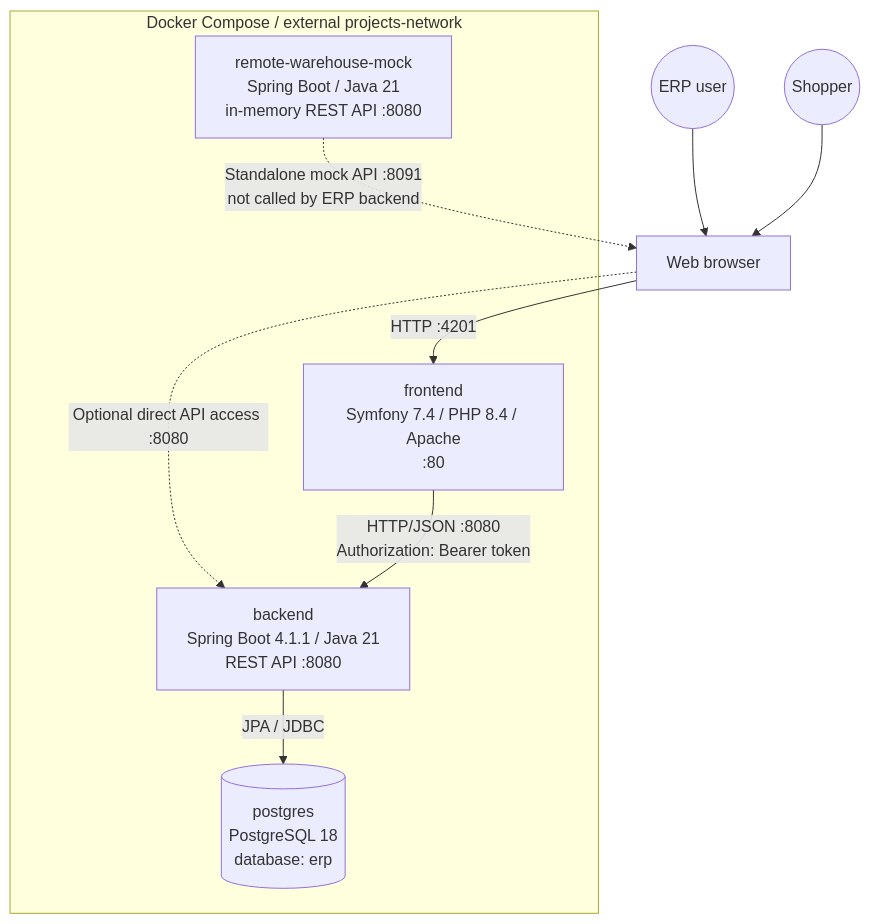
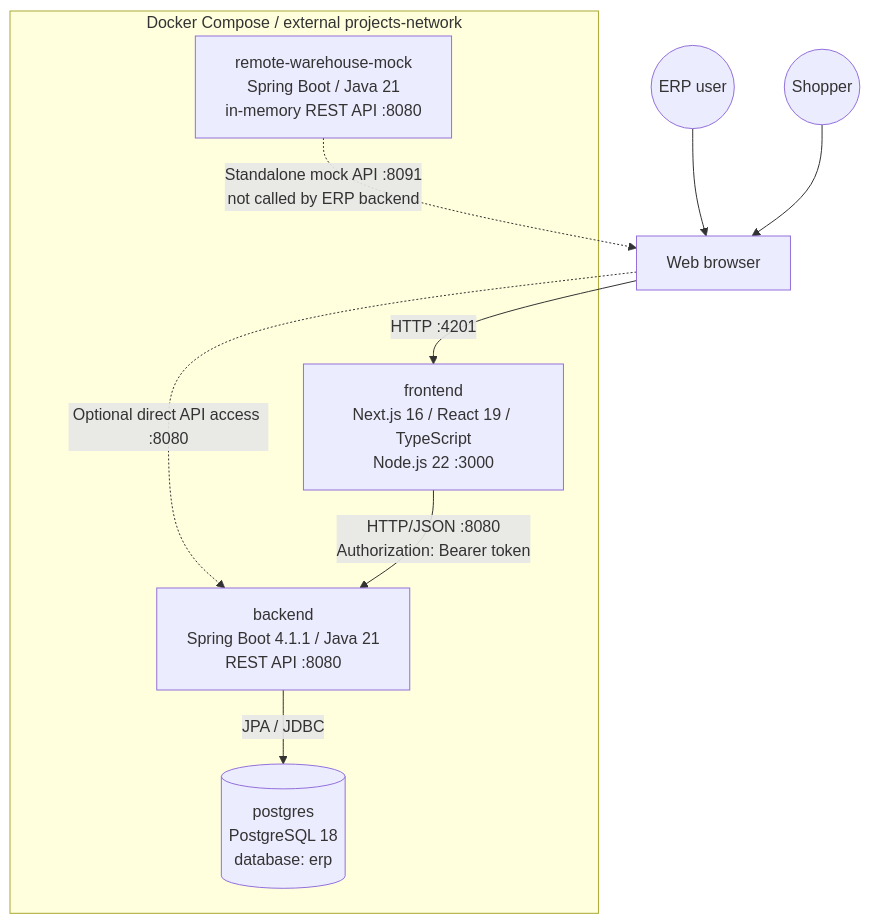
The first of 2 diagrams in ARCHITECTURE.md (vitasmir/ERP), drawn with Mermaid before and after one commit. The commit also changed other lines of this file and 86 other files, not shown here.

````diff
--- a/ARCHITECTURE.md
+++ b/ARCHITECTURE.md
@@ -9,21 +9,21 @@
 ```mermaid
 flowchart TB
     user((ERP user))
     shopper((Shopper))
     browser["Web browser"]
 
     subgraph compose["Docker Compose / external projects-network"]
-        frontend["frontend<br/>Symfony 7.4 / PHP 8.4 / Apache<br/>:80"]
+        frontend["frontend<br/>Next.js 16 / React 19 / TypeScript<br/>Node.js 22 :3000"]
         backend["backend<br/>Spring Boot 4.1.1 / Java 21<br/>REST API :8080"]
         db[("postgres<br/>PostgreSQL 18<br/>database: erp")]
         warehouse["remote-warehouse-mock<br/>Spring Boot / Java 21<br/>in-memory REST API :8080"]
     end
 
     user --> browser
     shopper --> browser
     browser -->|"HTTP :4201"| frontend
     browser -.->|"Optional direct API access :8080"| backend
     frontend -->|"HTTP/JSON :8080<br/>Authorization: Bearer token"| backend
     backend -->|"JPA / JDBC"| db
     warehouse -.->|"Standalone mock API :8091<br/>not called by ERP backend"| browser
 ```
````
